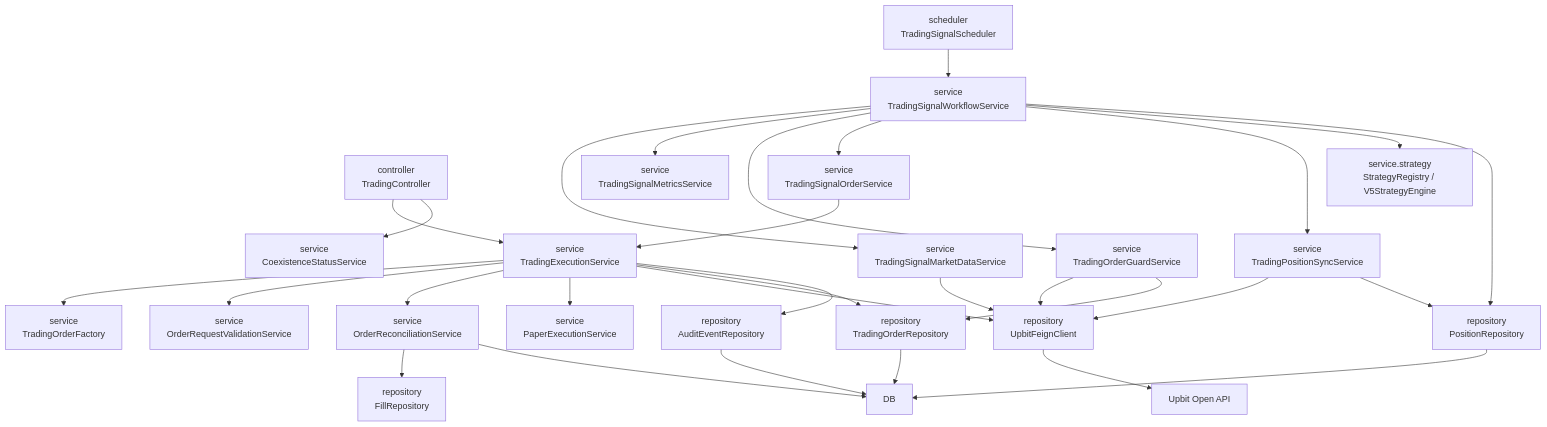
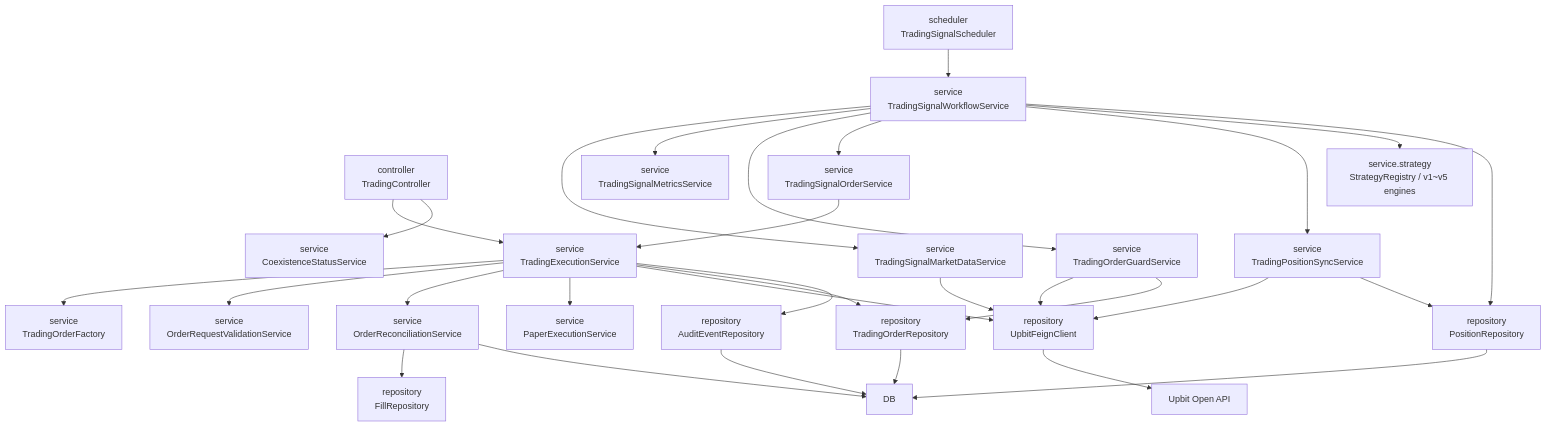
One commit to now-start/evergreen changed the first of 3 diagrams in docs/architecture.md. Above: the diagram before and after it, drawn with Mermaid. The commit also changed other lines of this file and 45 other files, not shown here.

````diff
--- a/docs/architecture.md
+++ b/docs/architecture.md
@@ -29,36 +29,36 @@
 ```mermaid
 flowchart TD
     Scheduler["scheduler<br/>TradingSignalScheduler"] --> Workflow["service<br/>TradingSignalWorkflowService"]
     Controller["controller<br/>TradingController"] --> Execution["service<br/>TradingExecutionService"]
     Controller --> Coexistence["service<br/>CoexistenceStatusService"]
 
     Workflow --> MarketData["service<br/>TradingSignalMarketDataService"]
     Workflow --> Metrics["service<br/>TradingSignalMetricsService"]
     Workflow --> Guard["service<br/>TradingOrderGuardService"]
     Workflow --> SignalOrder["service<br/>TradingSignalOrderService"]
     Workflow --> PositionSync["service<br/>TradingPositionSyncService"]
-    Workflow --> Strategy["service.strategy<br/>StrategyRegistry / V5StrategyEngine"]
+    Workflow --> Strategy["service.strategy<br/>StrategyRegistry / v1~v5 engines"]
     Workflow --> PositionRepo["repository<br/>PositionRepository"]
 
     SignalOrder --> Execution
     Execution --> OrderFactory["service<br/>TradingOrderFactory"]
     Execution --> Validation["service<br/>OrderRequestValidationService"]
     Execution --> Reconciliation["service<br/>OrderReconciliationService"]
     Execution --> Paper["service<br/>PaperExecutionService"]
     Execution --> UpbitClient["repository<br/>UpbitFeignClient"]
     Execution --> OrderRepo["repository<br/>TradingOrderRepository"]
     Execution --> AuditRepo["repository<br/>AuditEventRepository"]
 
     Guard --> UpbitClient
     Guard --> OrderRepo
     MarketData --> UpbitClient
     PositionSync --> UpbitClient
     PositionSync --> PositionRepo
 
     UpbitClient --> Upbit["Upbit Open API"]
     OrderRepo --> Db["DB"]
     PositionRepo --> Db
     AuditRepo --> Db
     Reconciliation --> FillRepo["repository<br/>FillRepository"]
     Reconciliation --> Db
 ```
````
